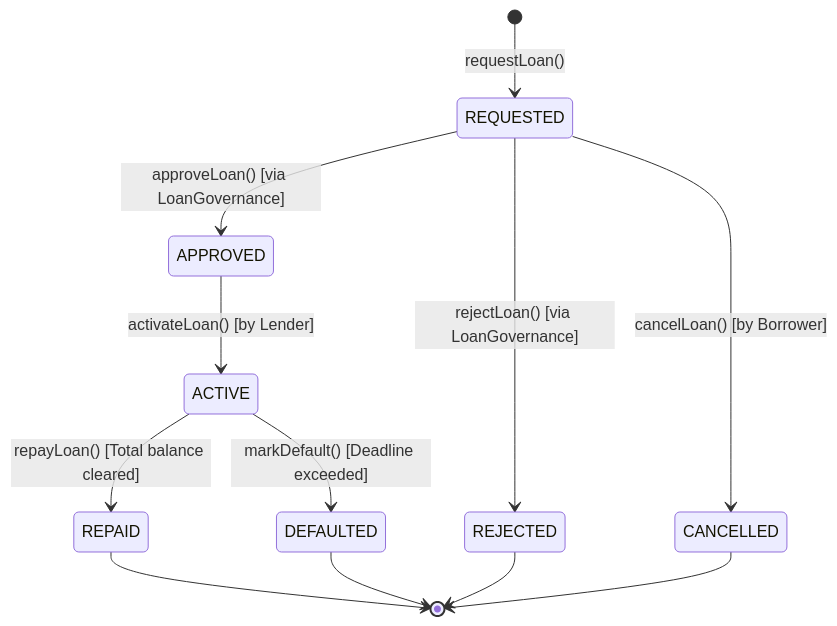
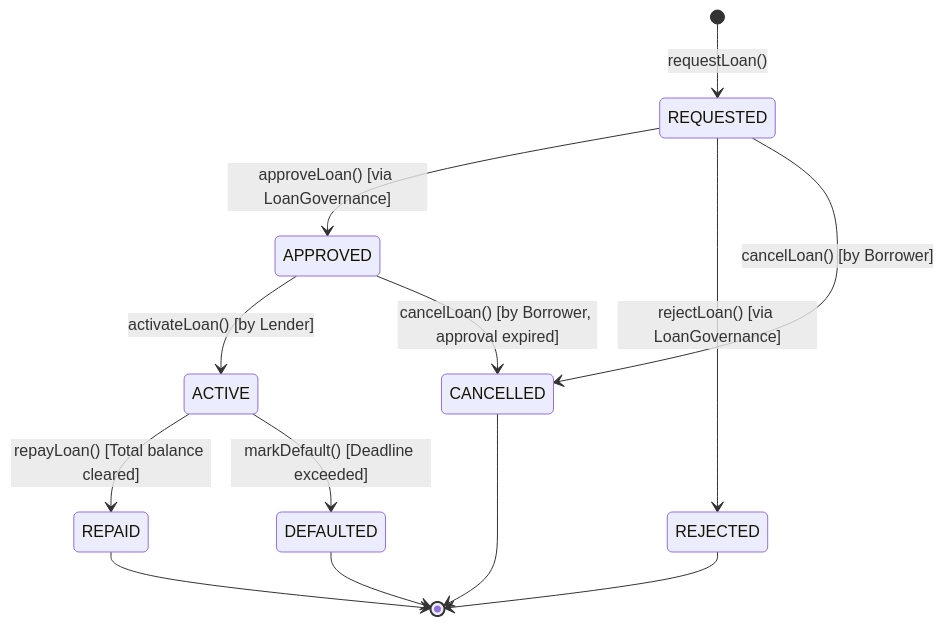
One commit to Charis-E-Shiny/CredChain changed the diagram in docs/smart-contracts.md. Above: the diagram before and after it, drawn with Mermaid. The commit also changed other lines of this file and 10 other files, not shown here.

````diff
--- a/docs/smart-contracts.md
+++ b/docs/smart-contracts.md
@@ -9,14 +9,15 @@
 ```mermaid
 stateDiagram-v2
     [*] --> REQUESTED: requestLoan()
     REQUESTED --> APPROVED: approveLoan() [via LoanGovernance]
     REQUESTED --> REJECTED: rejectLoan() [via LoanGovernance]
     REQUESTED --> CANCELLED: cancelLoan() [by Borrower]
     APPROVED --> ACTIVE: activateLoan() [by Lender]
+    APPROVED --> CANCELLED: cancelLoan() [by Borrower, approval expired]
     ACTIVE --> REPAID: repayLoan() [Total balance cleared]
     ACTIVE --> DEFAULTED: markDefault() [Deadline exceeded]
     REPAID --> [*]
     DEFAULTED --> [*]
     REJECTED --> [*]
     CANCELLED --> [*]
 ```
````
